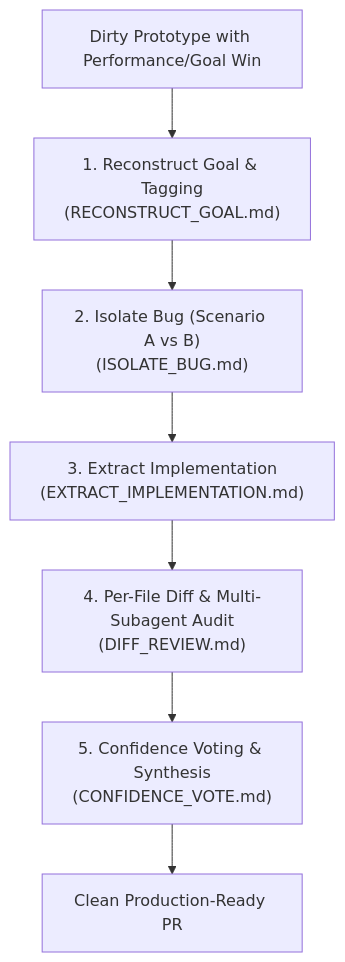
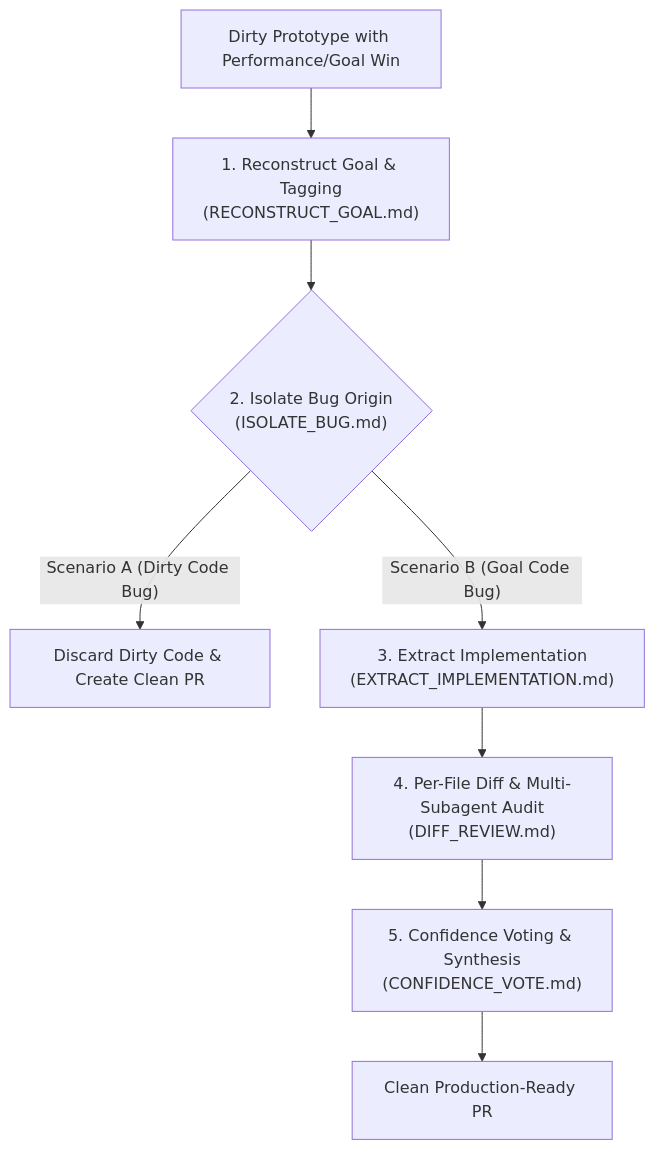
One commit to loerei/myskills changed the diagram in engineering/afterplay/SKILL.md. Above: the diagram before and after it, drawn with Mermaid. The commit also changed other lines of this file and 3 other files, not shown here.

Commit message:
refactor(afterplay): apply Reviewer #1 feedback, add DTTC section, and add prompt/JSON schemas

````diff
--- a/engineering/afterplay/SKILL.md
+++ b/engineering/afterplay/SKILL.md
@@ -16,9 +16,10 @@
 ```mermaid
 flowchart TD
     Start["Dirty Prototype with Performance/Goal Win"] --> Phase1["1. Reconstruct Goal & Tagging<br/>(RECONSTRUCT_GOAL.md)"]
-    Phase1 --> Phase2["2. Isolate Bug (Scenario A vs B)<br/>(ISOLATE_BUG.md)"]
-    Phase2 --> Phase3["3. Extract Implementation<br/>(EXTRACT_IMPLEMENTATION.md)"]
+    Phase1 --> Phase2{"2. Isolate Bug Origin<br/>(ISOLATE_BUG.md)"}
+    Phase2 -->|"Scenario A (Dirty Code Bug)"| DoneA["Discard Dirty Code & Create Clean PR"]
+    Phase2 -->|"Scenario B (Goal Code Bug)"| Phase3["3. Extract Implementation<br/>(EXTRACT_IMPLEMENTATION.md)"]
     Phase3 --> Phase4["4. Per-File Diff & Multi-Subagent Audit<br/>(DIFF_REVIEW.md)"]
     Phase4 --> Phase5["5. Confidence Voting & Synthesis<br/>(CONFIDENCE_VOTE.md)"]
-    Phase5 --> Done["Clean Production-Ready PR"]
+    Phase5 --> DoneB["Clean Production-Ready PR"]
 ```
````
